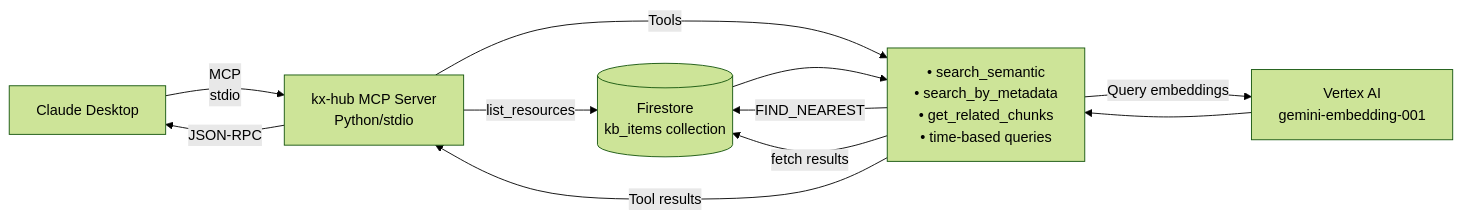
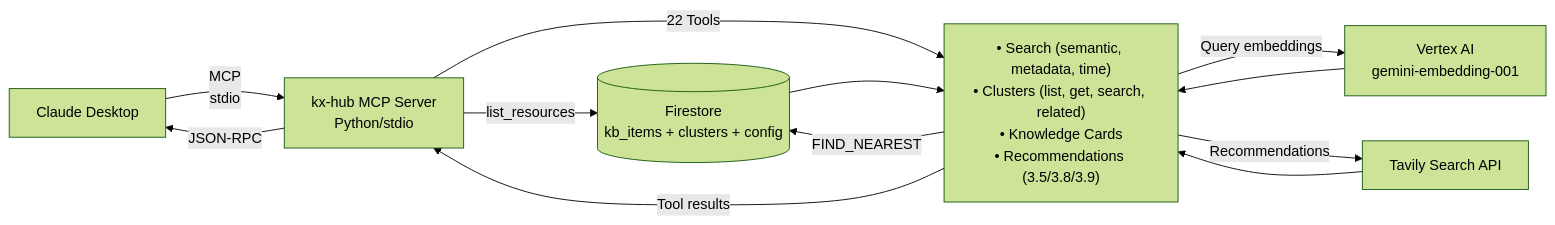
The third of 4 diagrams in docs/architecture.md (chrismmuc/kx-hub), drawn with Mermaid (forest theme) before and after one commit. The commit also changed other lines of this file and 12 other files, not shown here.

````diff
--- a/docs/architecture.md
+++ b/docs/architecture.md
@@ -87,18 +89,19 @@
 ```mermaid
 flowchart LR
   CD[Claude Desktop]
   CD -->|MCP<br/>stdio| MCP[kx-hub MCP Server<br/>Python/stdio]
 
-  MCP -->|list_resources| FS[(Firestore<br/>kb_items collection)]
-  MCP -->|Tools| MCP_TOOLS["• search_semantic<br/>• search_by_metadata<br/>• get_related_chunks<br/>• time-based queries"]
+  MCP -->|list_resources| FS[(Firestore<br/>kb_items + clusters + config)]
+  MCP -->|22 Tools| MCP_TOOLS["• Search (semantic, metadata, time)<br/>• Clusters (list, get, search, related)<br/>• Knowledge Cards<br/>• Recommendations (3.5/3.8/3.9)"]
 
   MCP_TOOLS -->|Query embeddings| V_EMB[Vertex AI<br/>gemini-embedding-001]
   MCP_TOOLS -->|FIND_NEAREST| FS
-  MCP_TOOLS -->|fetch results| FS
+  MCP_TOOLS -->|Recommendations| TAVILY[Tavily Search API]
 
   V_EMB --> MCP_TOOLS
   FS --> MCP_TOOLS
+  TAVILY --> MCP_TOOLS
 
   MCP_TOOLS -->|Tool results| MCP
   MCP -->|JSON-RPC| CD
 ```
````
